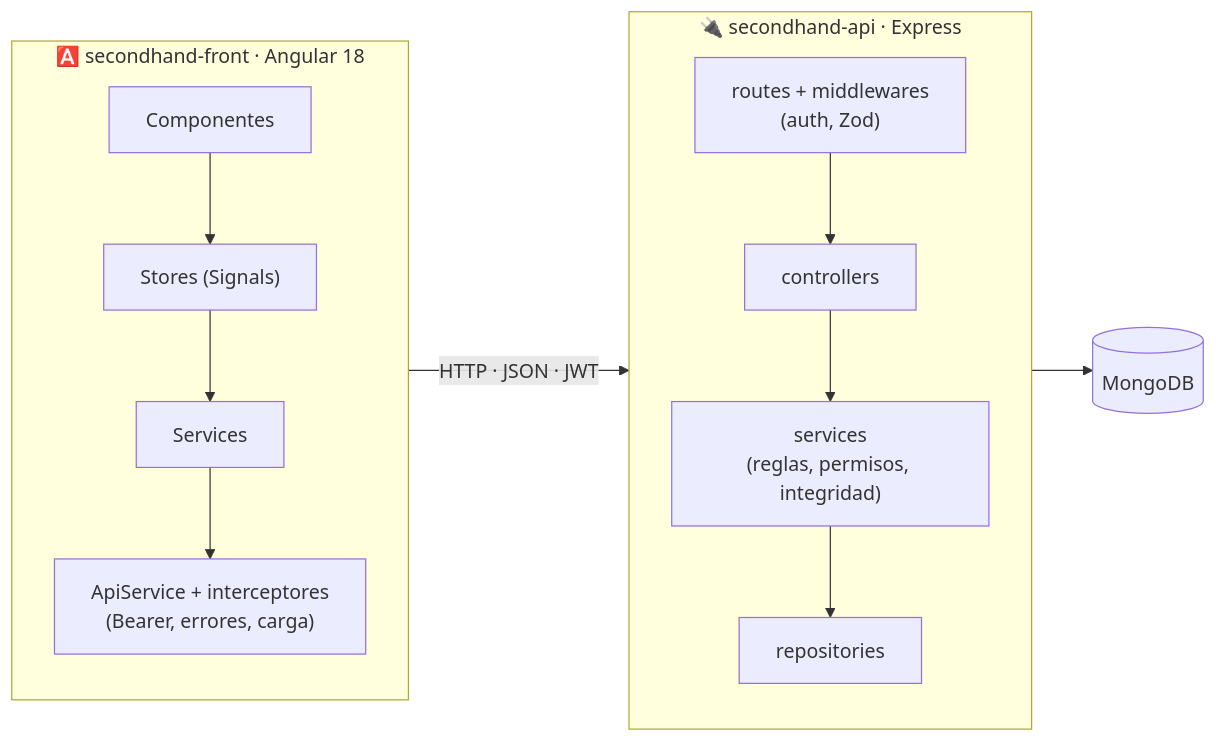
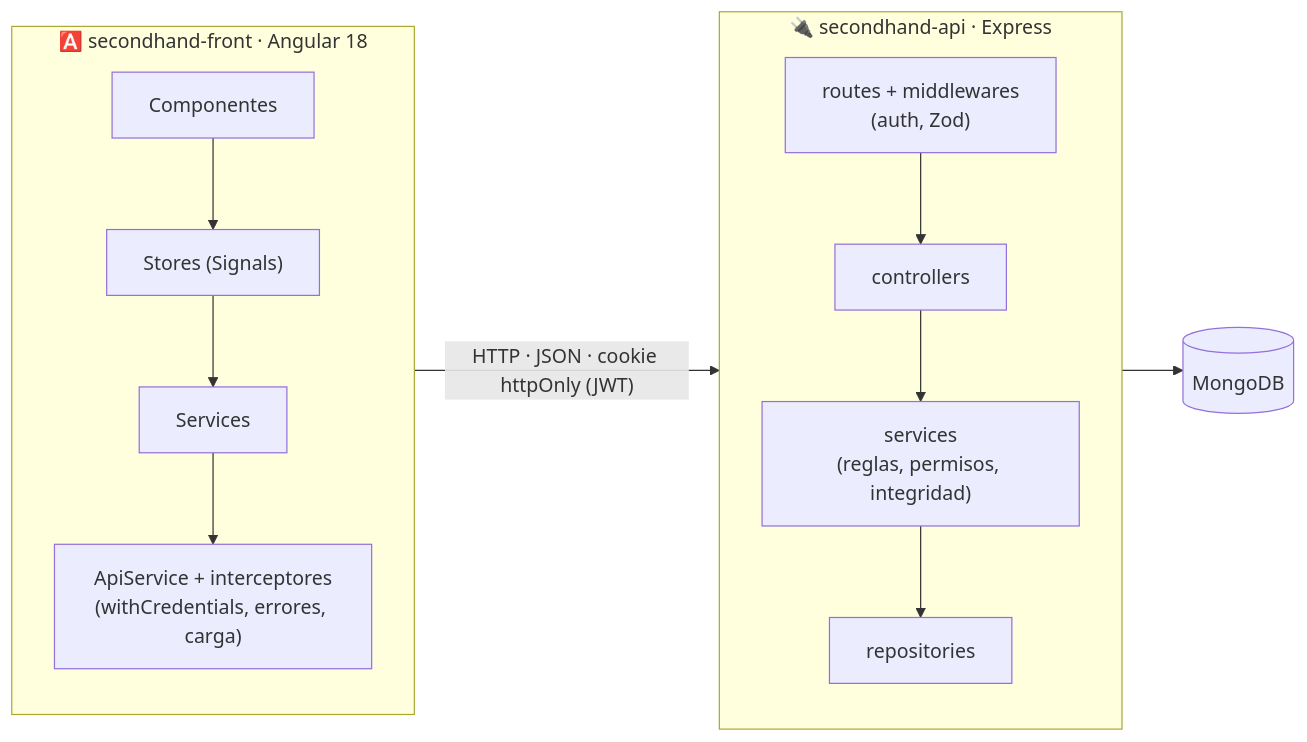
One commit to Yonderus/ReviShop-Tienda-Segunda-Mano changed the first of 2 diagrams in README.md. Above: the diagram before and after it, drawn with Mermaid. The commit also changed other lines of this file and 2 other files, not shown here.

Commit message:
docs: README, Postman y prompts actualizados a la sesión en cookie httpOnly (C3)

````diff
--- a/README.md
+++ b/README.md
@@ -117,17 +117,17 @@
 ```mermaid
 flowchart LR
     subgraph FRONT["🅰️ secondhand-front · Angular 18"]
         direction TB
         CMP[Componentes] --> ST["Stores (Signals)"]
         ST --> SV[Services]
-        SV --> API["ApiService + interceptores<br/>(Bearer, errores, carga)"]
+        SV --> API["ApiService + interceptores<br/>(withCredentials, errores, carga)"]
     end
     subgraph BACK["🔌 secondhand-api · Express"]
         direction TB
         RT["routes + middlewares<br/>(auth, Zod)"] --> CT[controllers]
         CT --> SR["services<br/>(reglas, permisos, integridad)"]
         SR --> RP[repositories]
     end
-    API -- "HTTP · JSON · JWT" --> RT
+    API -- "HTTP · JSON · cookie httpOnly (JWT)" --> RT
     RP --> DB[("MongoDB")]
 ```
````
